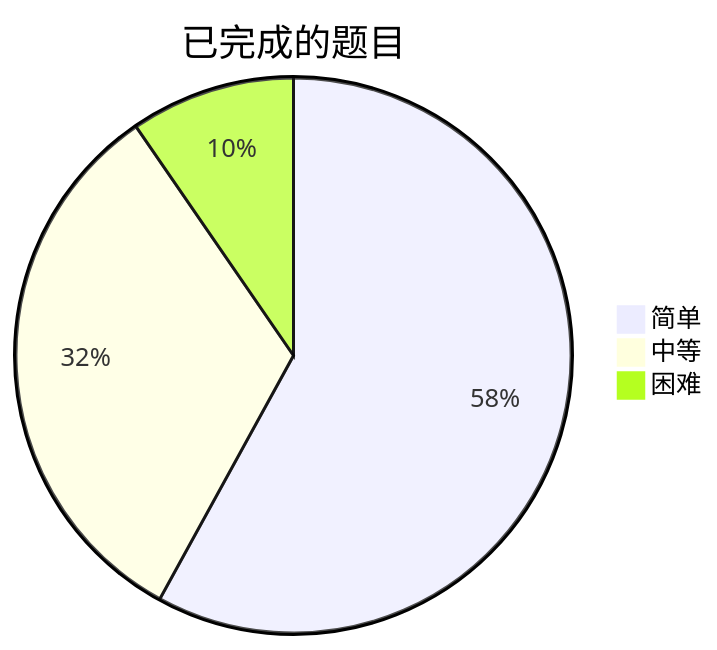
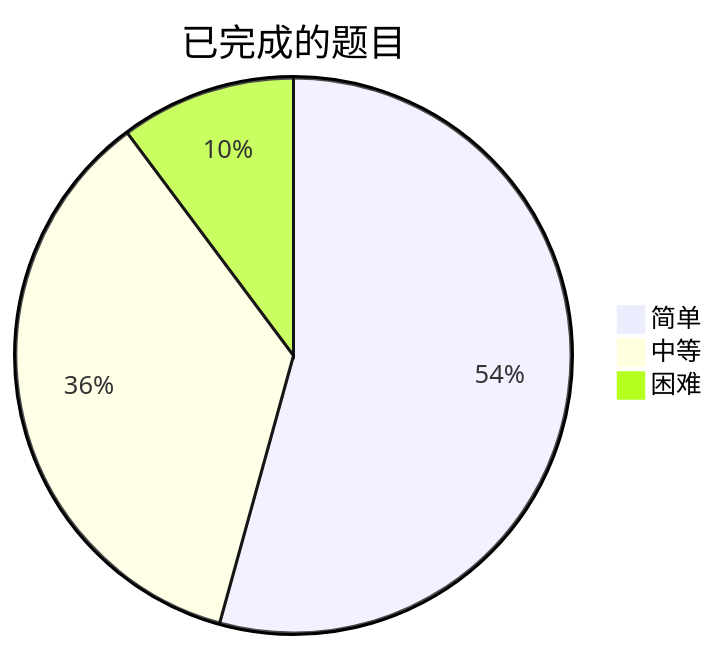
One commit to kaisa911/LeetCode changed the diagram in README.md. Above: the diagram before and after it, drawn with Mermaid. The commit also changed other lines of this file and 7 other files, not shown here.

````diff
--- a/README.md
+++ b/README.md
@@ -8,7 +8,7 @@
 ```mermaid
 pie title 已完成的题目
-    "简单" : 127
-    "中等" : 71
-    "困难" : 21
+    "简单" : 133
+    "中等" : 87
+    "困难" : 25
 
 ```
````
